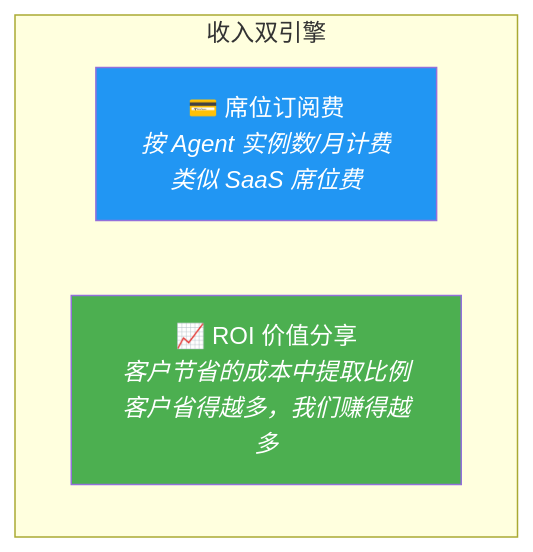
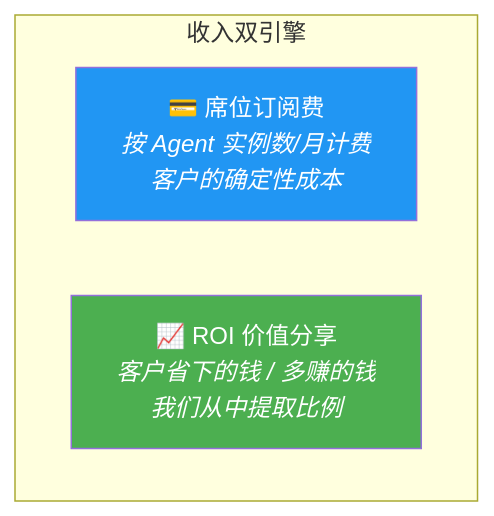
One commit to CodePothunter/lingque changed the fourth of 10 diagrams in docs/VC_TENGEN_AI.md. Above: the diagram before and after it, drawn with Mermaid. The commit also changed other lines of this file and 1 other file, not shown here.

````diff
--- a/docs/VC_TENGEN_AI.md
+++ b/docs/VC_TENGEN_AI.md
@@ -300,11 +273,11 @@
 ```mermaid
 flowchart TB
     subgraph REVENUE["收入双引擎"]
         direction LR
-        A["💳 席位订阅费<br/><i>按 Agent 实例数/月计费</i><br/><i>类似 SaaS 席位费</i>"]
-        B["📈 ROI 价值分享<br/><i>客户节省的成本中提取比例</i><br/><i>客户省得越多，我们赚得越多</i>"]
+        A["💳 席位订阅费<br/><i>按 Agent 实例数/月计费</i><br/><i>客户的确定性成本</i>"]
+        B["📈 ROI 价值分享<br/><i>客户省下的钱 / 多赚的钱</i><br/><i>我们从中提取比例</i>"]
     end
 
     style A fill:#2196F3,color:#fff
     style B fill:#4CAF50,color:#fff
 ```
````
